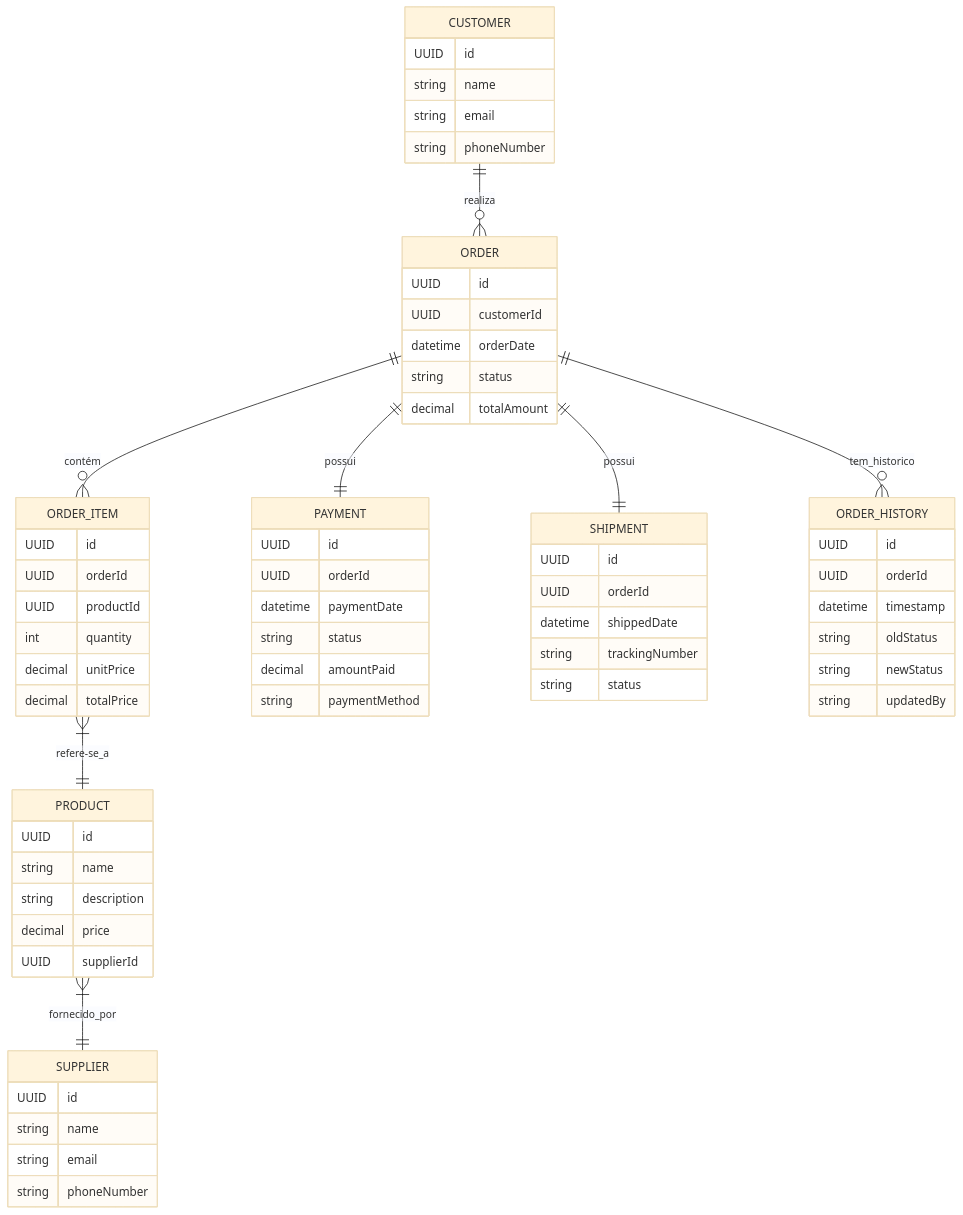
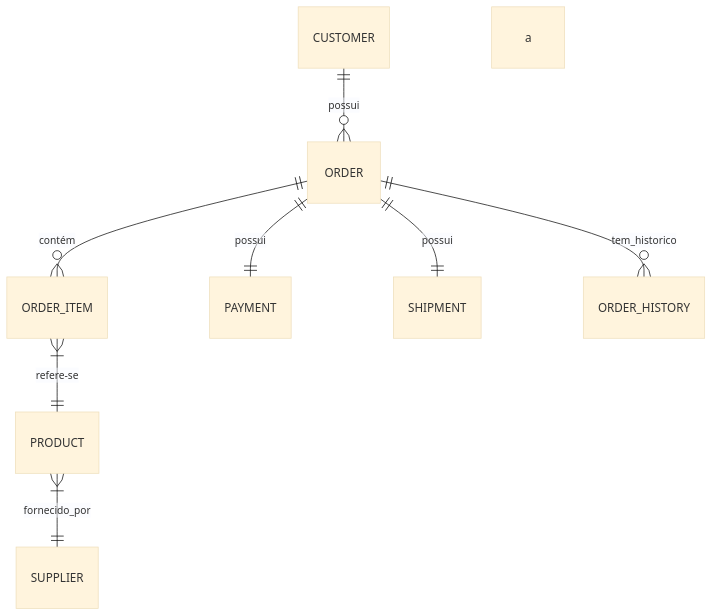
One commit to guimaraes/ordermanager changed the diagram in README.md. Above: the diagram before and after it, drawn with Mermaid (base theme). The commit also changed other lines of this file, not shown here.

````diff
--- a/README.md
+++ b/README.md
@@ -109,67 +108,10 @@
 ```mermaid
 erDiagram
-    CUSTOMER {
-        UUID id
-        string name
-        string email
-        string phoneNumber
-    }
-    ORDER {
-        UUID id
-        UUID customerId
-        datetime orderDate
-        string status
-        decimal totalAmount
-    }
-    ORDER_ITEM {
-        UUID id
-        UUID orderId
-        UUID productId
-        int quantity
-        decimal unitPrice
-        decimal totalPrice
-    }
-    PRODUCT {
-        UUID id
-        string name
-        string description
-        decimal price
-        UUID supplierId
-    }
-    SUPPLIER {
-        UUID id
-        string name
-        string email
-        string phoneNumber
-    }
-    PAYMENT {
-        UUID id
-        UUID orderId
-        datetime paymentDate
-        string status
-        decimal amountPaid
-        string paymentMethod
-    }
-    SHIPMENT {
-        UUID id
-        UUID orderId
-        datetime shippedDate
-        string trackingNumber
-        string status
-    }
-    ORDER_HISTORY {
-        UUID id
-        UUID orderId
-        datetime timestamp
-        string oldStatus
-        string newStatus
-        string updatedBy
-    }
-    CUSTOMER ||--o{ ORDER : realiza
+    CUSTOMER ||--o{ ORDER : possui
     ORDER ||--o{ ORDER_ITEM : contém
-    ORDER_ITEM }|--|| PRODUCT : refere-se_a
+    ORDER_ITEM }|--|| PRODUCT : refere-se a
     PRODUCT }|--|| SUPPLIER : fornecido_por
     ORDER ||--|| PAYMENT : possui
     ORDER ||--|| SHIPMENT : possui
     ORDER ||--o{ ORDER_HISTORY : tem_historico
 ```
````
